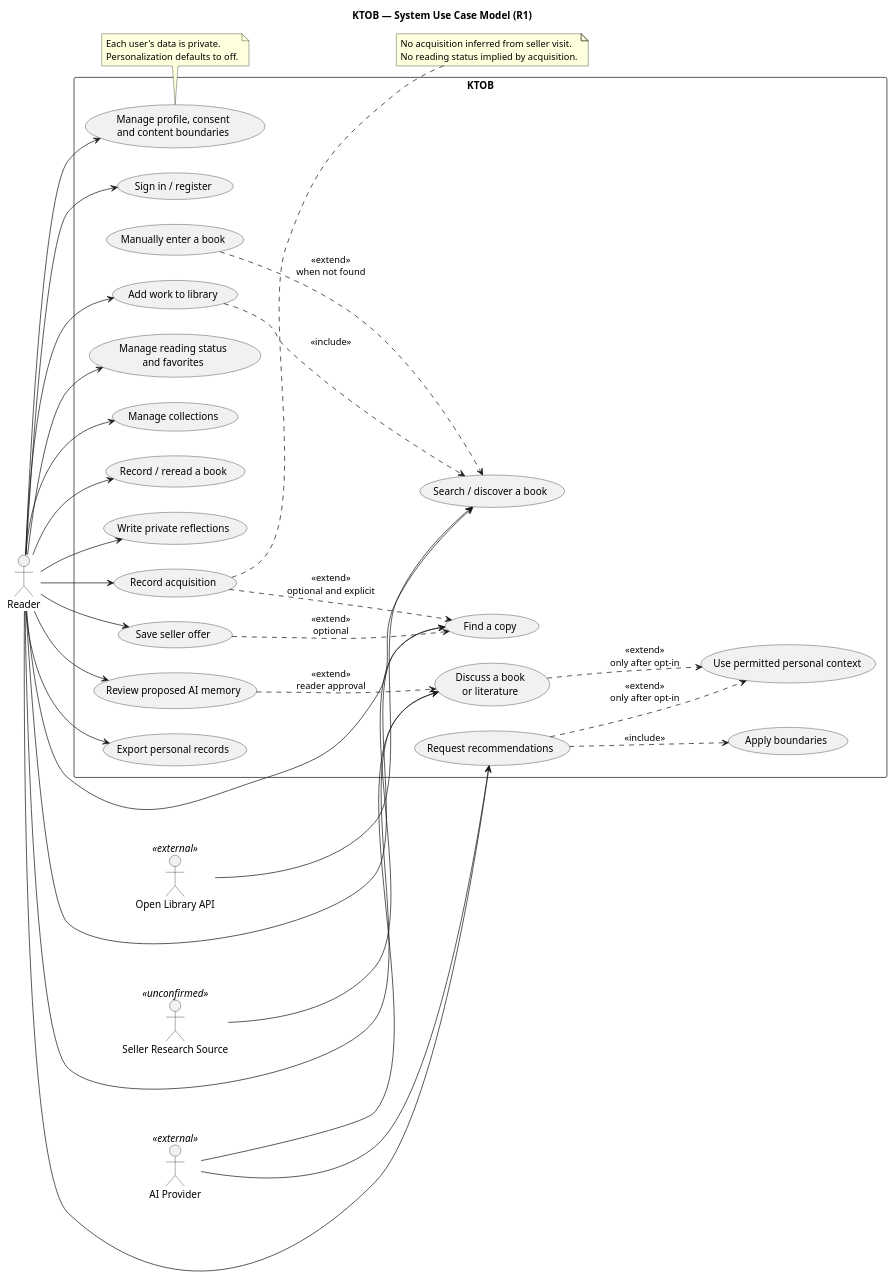
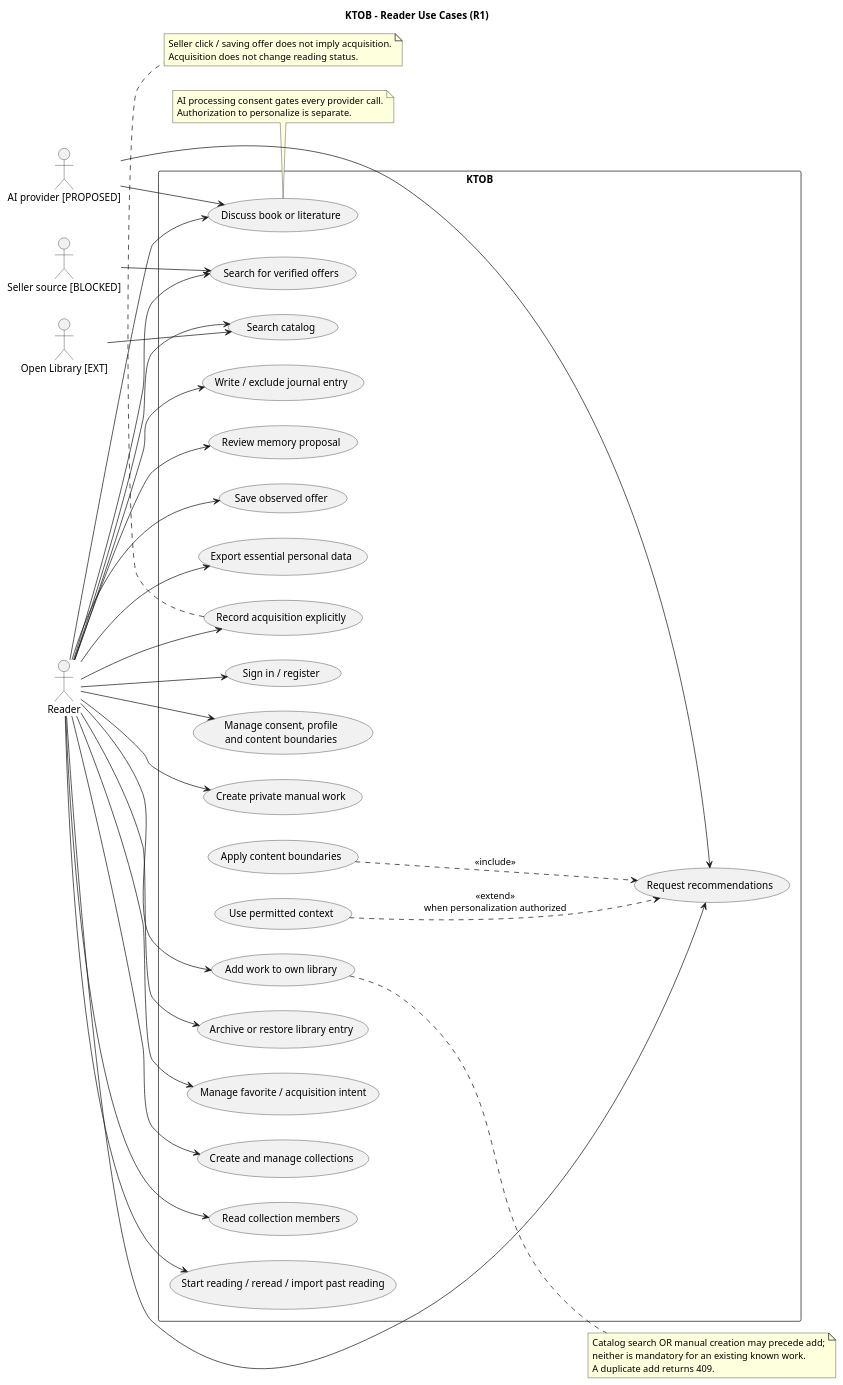
Before and after one commit to Adam-BArbia/ktob-literary-companion: the diagram in docs/uml/01-use-cases.puml, drawn with PlantUML. The commit also changed 15 other files, not shown here.

Commit message:
docs(uml): reconcile consent, reading, ownership, offers and export across 16 diagrams

```diff
--- a/docs/uml/01-use-cases.puml
+++ b/docs/uml/01-use-cases.puml
@@ -1,64 +1,68 @@
 @startuml KTOB_01_use_cases
-title KTOB — System Use Case Model (R1)
+title KTOB - Reader Use Cases (R1)
 left to right direction
 skinparam packageStyle rectangle
 actor Reader
-actor "Open Library API" as Catalog <<external>>
-actor "AI Provider" as AI <<external>>
-actor "Seller Research Source" as Sellers <<unconfirmed>>
+actor "Open Library [EXT]" as Catalog
+actor "AI provider [PROPOSED]" as AI
+actor "Seller source [BLOCKED]" as Seller
 rectangle "KTOB" {
- usecase "Sign in / register" as UCAuth
- usecase "Manage profile, consent\nand content boundaries" as UCPrivacy
- usecase "Search / discover a book" as UCSearch
- usecase "Manually enter a book" as UCManual
- usecase "Add work to library" as UCLibrary
- usecase "Manage reading status\nand favorites" as UCStatus
- usecase "Manage collections" as UCCollections
- usecase "Record / reread a book" as UCRead
- usecase "Write private reflections" as UCJournal
- usecase "Discuss a book\nor literature" as UCChat
- usecase "Review proposed AI memory" as UCMemory
- usecase "Request recommendations" as UCRecommend
- usecase "Find a copy" as UCFind
- usecase "Save seller offer" as UCSave
- usecase "Record acquisition" as UCAcquire
- usecase "Export personal records" as UCExport
- usecase "Use permitted personal context" as UCContext
- usecase "Apply boundaries" as UCBound
+ usecase "Sign in / register" as UAuth
+ usecase "Manage consent, profile\nand content boundaries" as UPrivacy
+ usecase "Search catalog" as USearch
+ usecase "Create private manual work" as UManual
+ usecase "Add work to own library" as UAdd
+ usecase "Archive or restore library entry" as UArchive
+ usecase "Manage favorite / acquisition intent" as UFavorite
+ usecase "Create and manage collections" as UCollect
+ usecase "Read collection members" as UMembers
+ usecase "Start reading / reread / import past reading" as URead
+ usecase "Write / exclude journal entry" as UJournal
+ usecase "Discuss book or literature" as UChat
+ usecase "Review memory proposal" as UMemory
+ usecase "Request recommendations" as URecommend
+ usecase "Use permitted context" as UContext
+ usecase "Apply content boundaries" as UBoundary
+ usecase "Search for verified offers" as UFind
+ usecase "Save observed offer" as USave
+ usecase "Record acquisition explicitly" as UAcquire
+ usecase "Export essential personal data" as UExport
 }
-Reader --> UCAuth
-Reader --> UCPrivacy
-Reader --> UCSearch
-Reader --> UCLibrary
-Reader --> UCStatus
-Reader --> UCCollections
-Reader --> UCRead
-Reader --> UCJournal
-Reader --> UCChat
-Reader --> UCMemory
-Reader --> UCRecommend
-Reader --> UCFind
-Reader --> UCSave
-Reader --> UCAcquire
-Reader --> UCExport
-UCManual ..> UCSearch : <<extend>>\nwhen not found
-UCLibrary ..> UCSearch : <<include>>
-UCRecommend ..> UCBound : <<include>>
-UCRecommend ..> UCContext : <<extend>>\nonly after opt-in
-UCChat ..> UCContext : <<extend>>\nonly after opt-in
-UCMemory ..> UCChat : <<extend>>\nreader approval
-UCSave ..> UCFind : <<extend>>\noptional
-UCAcquire ..> UCFind : <<extend>>\noptional and explicit
-Catalog --> UCSearch
-AI --> UCChat
-AI --> UCRecommend
-Sellers --> UCFind
-note right of UCAcquire
-No acquisition inferred from seller visit.
-No reading status implied by acquisition.
+Reader --> UAuth
+Reader --> UPrivacy
+Reader --> USearch
+Reader --> UManual
+Reader --> UAdd
+Reader --> UArchive
+Reader --> UFavorite
+Reader --> UCollect
+Reader --> UMembers
+Reader --> URead
+Reader --> UJournal
+Reader --> UChat
+Reader --> UMemory
+Reader --> URecommend
+Reader --> UFind
+Reader --> USave
+Reader --> UAcquire
+Reader --> UExport
+UContext ..> URecommend : <<extend>>\nwhen personalization authorized
+UBoundary ..> URecommend : <<include>>
+Catalog --> USearch
+AI --> UChat
+AI --> URecommend
+Seller --> UFind
+note right of UAdd
+Catalog search OR manual creation may precede add;
+neither is mandatory for an existing known work.
+A duplicate add returns 409.
 end note
-note bottom of UCPrivacy
-Each user's data is private.
-Personalization defaults to off.
+note bottom of UChat
+AI processing consent gates every provider call.
+Authorization to personalize is separate.
+end note
+note bottom of UAcquire
+Seller click / saving offer does not imply acquisition.
+Acquisition does not change reading status.
 end note
 @enduml
```
